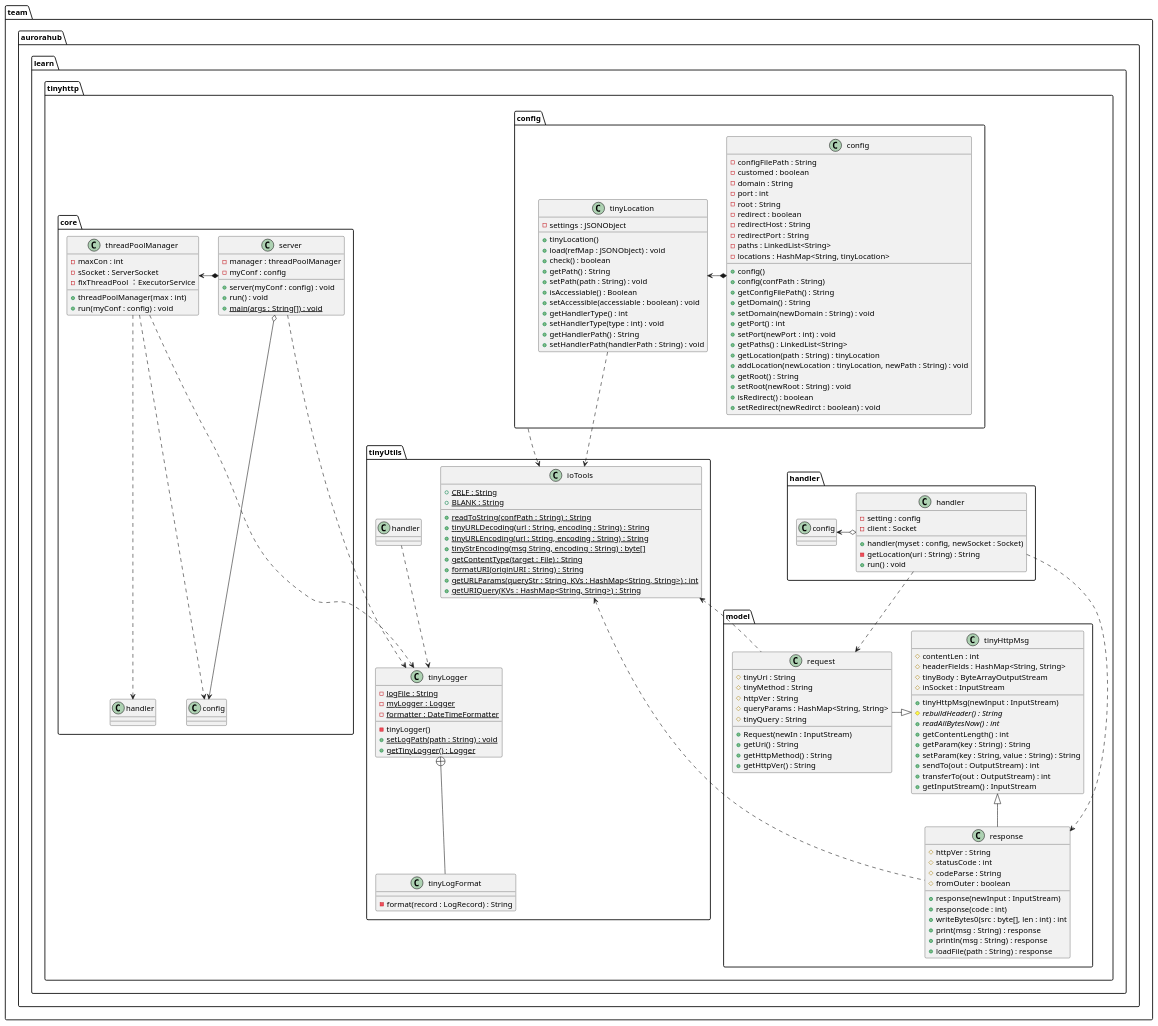
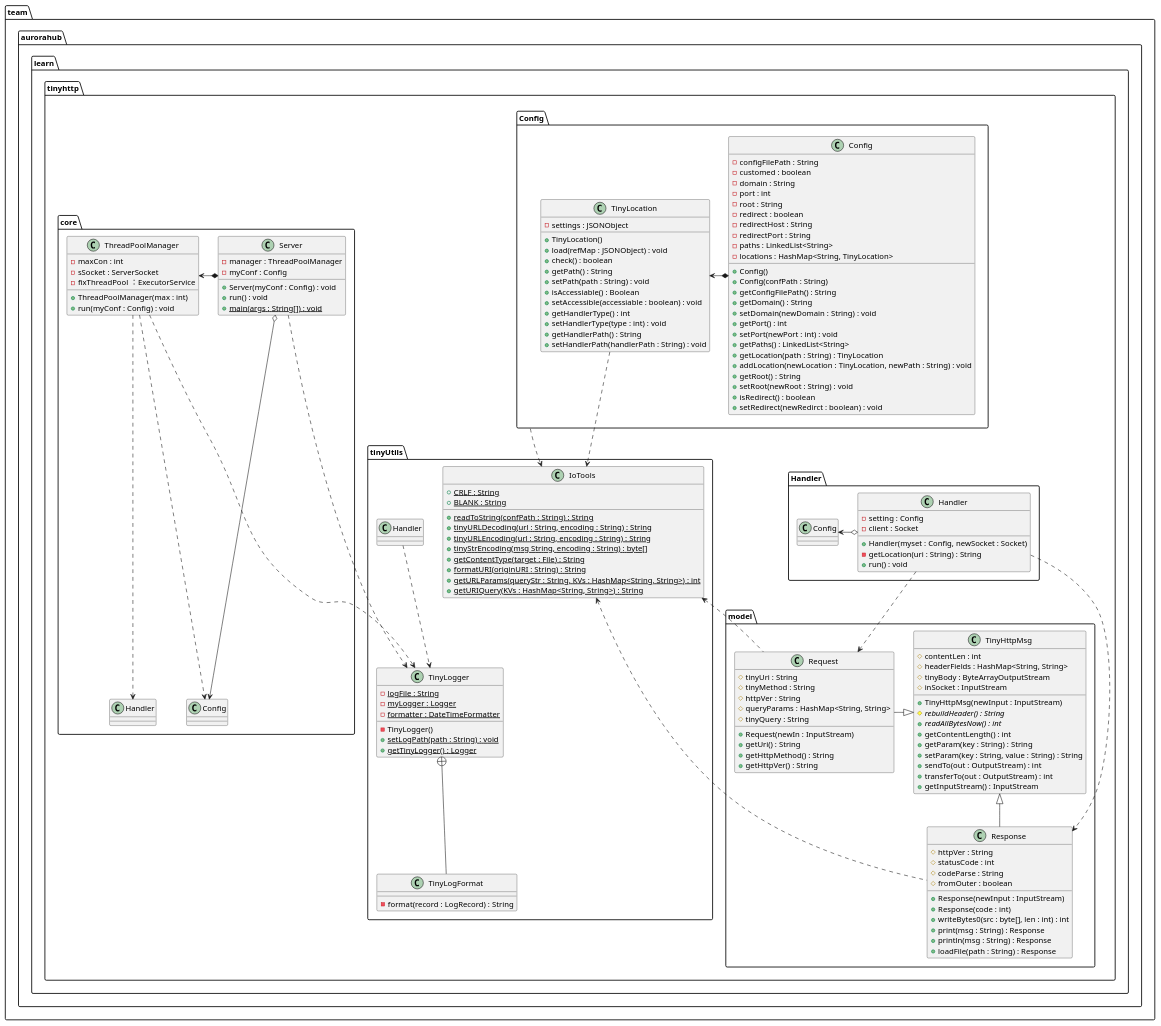
Before and after one commit to ChanthMiao/tinyhttp: the diagram in resources/design.wsd, drawn with PlantUML. The commit also changed 14 other files, not shown here.

```diff
--- a/resources/design.wsd
+++ b/resources/design.wsd
@@ -1,171 +1,171 @@
 @startuml tinyhttp
 package team.aurorahub.learn.tinyhttp{
 
-    package team.aurorahub.learn.tinyhttp.config{
-        class tinyLocation {
+    package team.aurorahub.learn.tinyhttp.Config{
+        class TinyLocation {
             -settings : JSONObject
-            +tinyLocation()
+            +TinyLocation()
             +load(refMap : JSONObject) : void
             +check() : boolean
             +getPath() : String
             +setPath(path : String) : void
             +isAccessiable() : Boolean
             +setAccessible(accessiable : boolean) : void
             +getHandlerType() : int
             +setHandlerType(type : int) : void
             +getHandlerPath() : String
             +setHandlerPath(handlerPath : String) : void
         }
 
-        class config{
+        class Config{
             -configFilePath : String
             -customed : boolean
             -domain : String
             -port : int
             -root : String
             -redirect : boolean
             -redirectHost : String
             -redirectPort : String
             -paths : LinkedList<String>
-            -locations : HashMap<String, tinyLocation>
-            +config()
-            +config(confPath : String)
+            -locations : HashMap<String, TinyLocation>
+            +Config()
+            +Config(confPath : String)
             +getConfigFilePath() : String
             +getDomain() : String
             +setDomain(newDomain : String) : void
             +getPort() : int
             +setPort(newPort : int) : void
             +getPaths() : LinkedList<String>
-            +getLocation(path : String) : tinyLocation
-            +addLocation(newLocation : tinyLocation, newPath : String) : void
+            +getLocation(path : String) : TinyLocation
+            +addLocation(newLocation : TinyLocation, newPath : String) : void
             +getRoot() : String
             +setRoot(newRoot : String) : void
             +isRedirect() : boolean
             +setRedirect(newRedirct : boolean) : void
         }
 
-        config *-left-> tinyLocation
+        Config *-left-> TinyLocation
     }
 
     package team.aurorahub.learn.tinyhttp.model{
-        class tinyHttpMsg{
+        class TinyHttpMsg{
             #contentLen : int
             #headerFields : HashMap<String, String>
             #tinyBody : ByteArrayOutputStream
             #inSocket : InputStream
-            +tinyHttpMsg(newInput : InputStream)
+            +TinyHttpMsg(newInput : InputStream)
             #{abstract}rebuildHeader() : String
             +{abstract}readAllBytesNow() : int
             +getContentLength() : int
             +getParam(key : String) : String
             +setParam(key : String, value : String) : String
             +sendTo(out : OutputStream) : int
             +transferTo(out : OutputStream) : int
             +getInputStream() : InputStream
         }
 
-        class request{
+        class Request{
             #tinyUri : String
             #tinyMethod : String
             #httpVer : String
             #queryParams : HashMap<String, String>
             #tinyQuery : String
             +Request(newIn : InputStream)
             +getUri() : String
             +getHttpMethod() : String
             +getHttpVer() : String
         }
 
-        tinyHttpMsg <|-left- request
+        TinyHttpMsg <|-left- Request
 
-        class response{
+        class Response{
             #httpVer : String
             #statusCode : int
             #codeParse : String
             #fromOuter : boolean
-            +response(newInput : InputStream)
-            +response(code : int)
+            +Response(newInput : InputStream)
+            +Response(code : int)
             +writeBytes0(src : byte[], len : int) : int
-            +print(msg : String) : response
-            +println(msg : String) : response
-            +loadFile(path : String) : response
+            +print(msg : String) : Response
+            +println(msg : String) : Response
+            +loadFile(path : String) : Response
         }
 
-        tinyHttpMsg <|-- response
+        TinyHttpMsg <|-- Response
     }
-    package team.aurorahub.learn.tinyhttp.handler{
+    package team.aurorahub.learn.tinyhttp.Handler{
 
-        class handler{
-            -setting : config
+        class Handler{
+            -setting : Config
             -client : Socket
-            +handler(myset : config, newSocket : Socket)
+            +Handler(myset : Config, newSocket : Socket)
             -getLocation(uri : String) : String
             +run() : void
         }
 
-        handler o-left-> config
-        handler .right.> request
-        handler ...> response
+        Handler o-left-> Config
+        Handler .right.> Request
+        Handler ...> Response
     }
 
     package team.aurorahub.learn.tinyhttp.core{
-        class threadPoolManager{
+        class ThreadPoolManager{
             -maxCon : int
             -sSocket : ServerSocket
             -fixThreadPool ：ExecutorService
-            +threadPoolManager(max : int)
-            +run(myConf : config) : void
+            +ThreadPoolManager(max : int)
+            +run(myConf : Config) : void
         }
-        threadPoolManager ...> config
-        threadPoolManager ...> handler
+        ThreadPoolManager ...> Config
+        ThreadPoolManager ...> Handler
 
-        class server{
-            -manager : threadPoolManager
-            -myConf : config
-            +server(myConf : config) : void
+        class Server{
+            -manager : ThreadPoolManager
+            -myConf : Config
+            +Server(myConf : Config) : void
             +run() : void
             +{static}main(args : String[]) : void
         }
-        server *-right-> threadPoolManager
-        server o--> config
+        Server *-right-> ThreadPoolManager
+        Server o--> Config
     }
 
     package team.aurorahub.learn.tinyhttp.tinyUtils{
-        class ioTools{
+        class IoTools{
             +{static}CRLF : String
             +{static}BLANK : String
             +{static}readToString(confPath : String) : String
             +{static}tinyURLDecoding(url : String, encoding : String) : String
             +{static}tinyURLEncoding(url : String, encoding : String) : String
             +{static}tinyStrEncoding(msg String, encoding : String) : byte[]
             +{static}getContentType(target : File) : String
             +{static}formatURI(originURI : String) : String
             +{static}getURLParams(queryStr : String, KVs : HashMap<String, String>) : int
             +{static}getURIQuery(KVs : HashMap<String, String>) : String
         }
 
-        class tinyLogger{
+        class TinyLogger{
             -{static}logFile : String
             -{static}myLogger : Logger
             -{static}formatter : DateTimeFormatter
-            -tinyLogger()
+            -TinyLogger()
             +{static}setLogPath(path : String) : void
             +{static}getTinyLogger() : Logger
         }
 
-        handler .down.> tinyLogger
-        server .down.> tinyLogger
-        threadPoolManager ...>tinyLogger
+        Handler .down.> TinyLogger
+        Server .down.> TinyLogger
+        ThreadPoolManager ...>TinyLogger
 
-        class tinyLogFormat{
+        class TinyLogFormat{
             -format(record : LogRecord) : String
         }
 
-        tinyLogger+--tinyLogFormat
+        TinyLogger+--TinyLogFormat
     }
-    tinyLocation .down.> ioTools
-    config .down.> ioTools
-    response .up.> ioTools
-    request .up.> ioTools
+    TinyLocation .down.> IoTools
+    Config .down.> IoTools
+    Response .up.> IoTools
+    Request .up.> IoTools
 }
 @enduml
```
